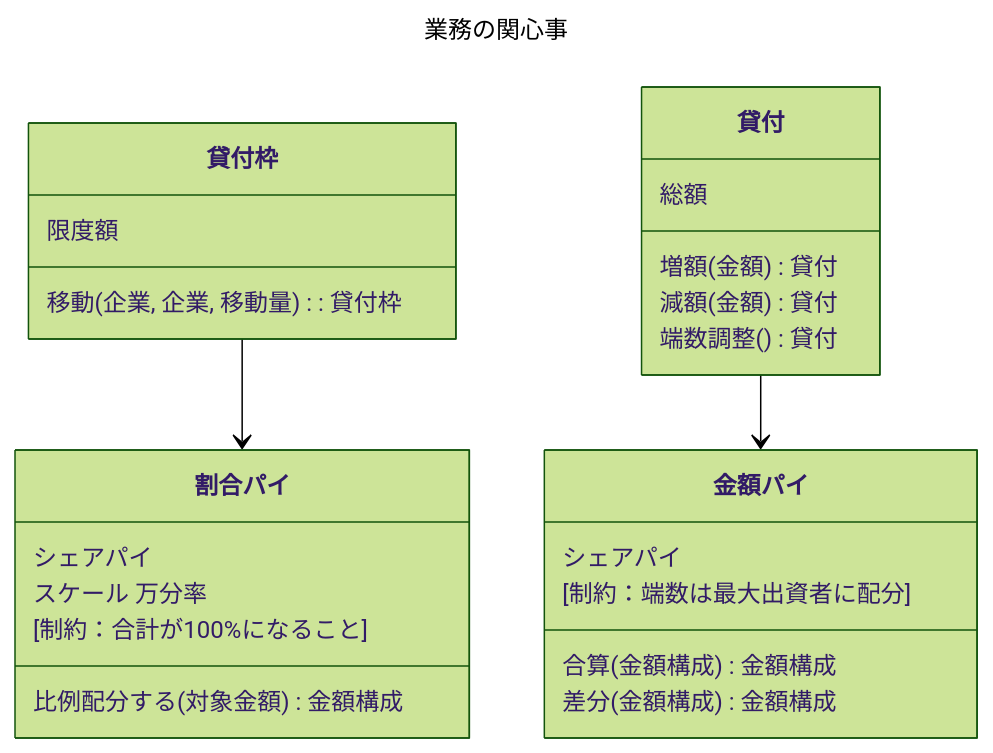
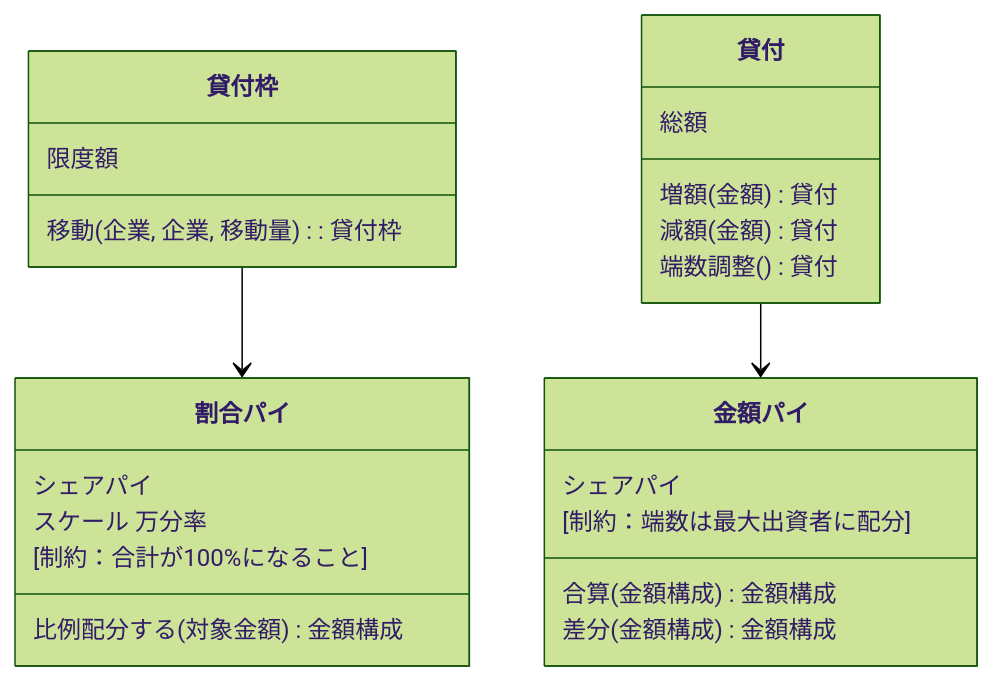
One commit to masuda220/business-logic-patterns changed the diagram in src/main/java/com/example/domain/model/jjugccc2024/advanced/proportion/業務クラス図.mmd. Above: the diagram before and after it, drawn with Mermaid (forest theme). The commit also changed 9 other files, not shown here.

```diff
--- a/src/main/java/com/example/domain/model/jjugccc2024/advanced/proportion/業務クラス図.mmd
+++ b/src/main/java/com/example/domain/model/jjugccc2024/advanced/proportion/業務クラス図.mmd
@@ -1,30 +1,27 @@
----
-title: 業務の関心事
----
 classDiagram
     貸付枠 --> 割合パイ
     貸付 --> 金額パイ
     class 貸付枠 {
         限度額
         移動(企業, 企業, 移動量) : 貸付枠
     }
 
     class 貸付 {
         総額
         増額(金額) 貸付
         減額(金額) 貸付
         端数調整() 貸付
     }
 
     class 金額パイ {
         シェアパイ
         [制約：端数は最大出資者に配分]
         合算(金額構成) 金額構成
         差分(金額構成) 金額構成
     }
     class 割合パイ {
         シェアパイ
         スケール 万分率
         [制約：合計が100%になること]
         比例配分する(対象金額) 金額構成
     }
```
